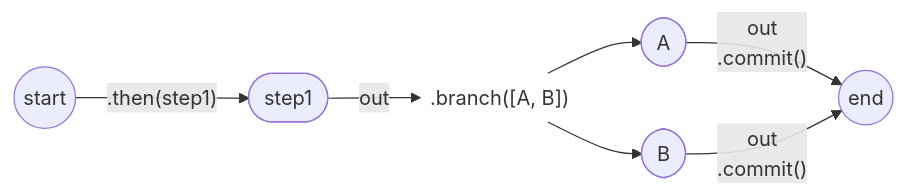
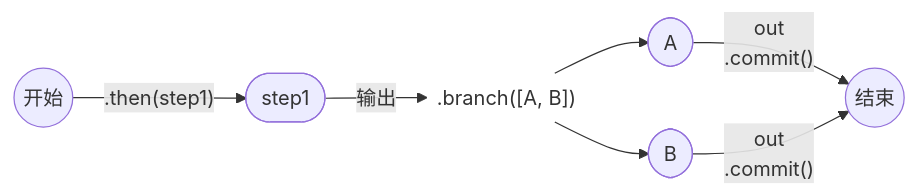
The third of 7 diagrams in i18n/zh-CN/docusaurus-plugin-content-docs/current/workflows/control-flow.mdx (youngjunning/mastra.youngjunning.com), drawn with Mermaid before and after one commit. The commit also changed other lines of this file and 3073 other files, not shown here.

````diff
--- a/i18n/zh-CN/docusaurus-plugin-content-docs/current/workflows/control-flow.mdx
+++ b/i18n/zh-CN/docusaurus-plugin-content-docs/current/workflows/control-flow.mdx
@@ -257,14 +257,14 @@
 ```mermaid
 flowchart LR
-  accTitle: Choosing workflow steps with conditional branching
-  accDescr: The workflow runs step1, then runs every branch whose condition is true before committing and ending.
+  accTitle: 通过条件分支选择 Workflow 步骤
+  accDescr: Workflow 先运行 step1，再执行所有条件成立的分支，最后提交并结束。
 
-  start(( start )) -- ".then(step1)" --> step1([step1])
-  step1 -- out --> branchCall@{ shape: text, label: ".branch([A, B])" }
+  start(( 开始 )) -- ".then(step1)" --> step1([step1])
+  step1 -- 输出 --> branchCall@{ shape: text, label: ".branch([A, B])" }
   branchCall --> stepA([A])
   branchCall --> stepB([B])
-  stepA accent2@-- "out<br/>.commit()" --> stop(( end ))
-  stepB accent2@-- "out<br/>.commit()" --> stop(( end ))
+  stepA accent2@-- "out<br/>.commit()" --> stop(( 结束 ))
+  stepB accent2@-- "out<br/>.commit()" --> stop(( 结束 ))
 
   class stepA,stepB,stop accent
 ```
````
